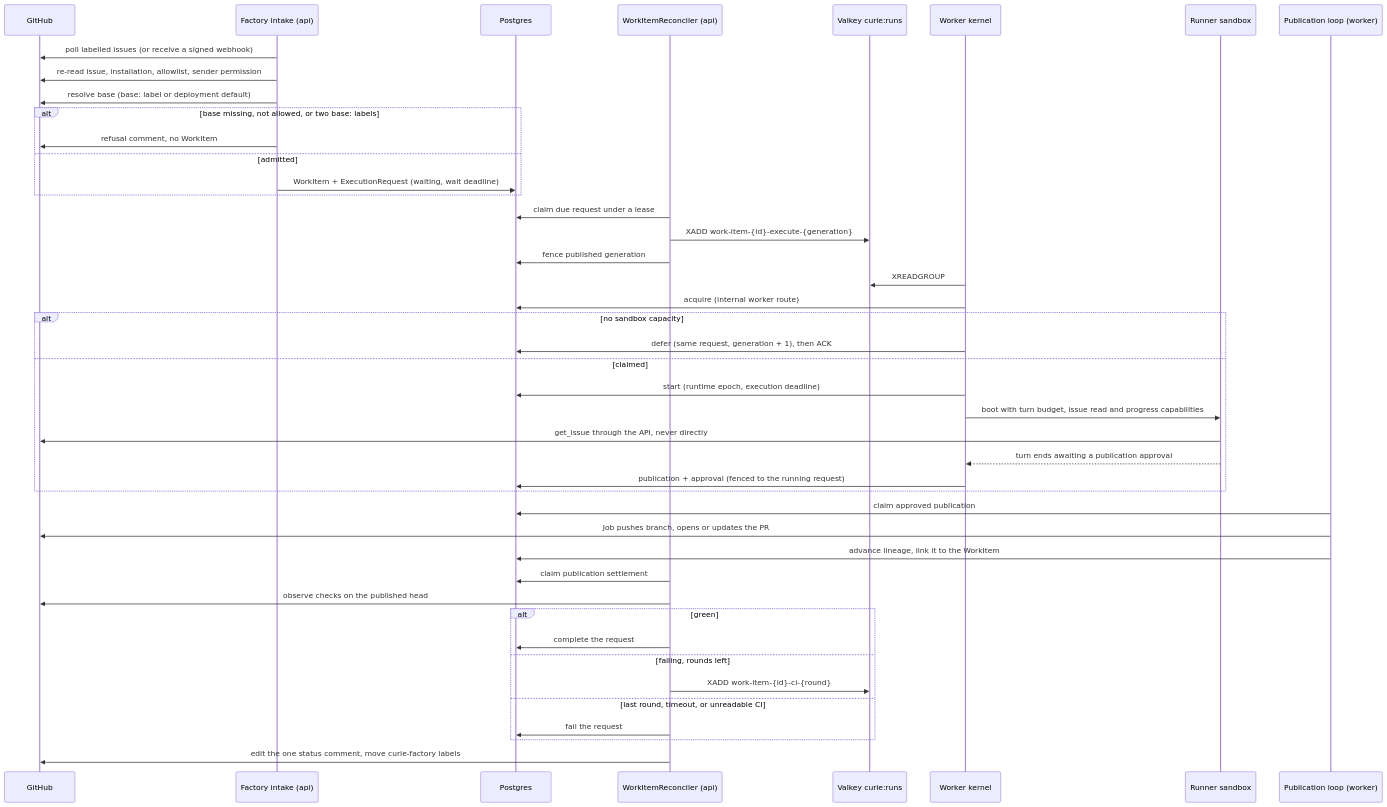
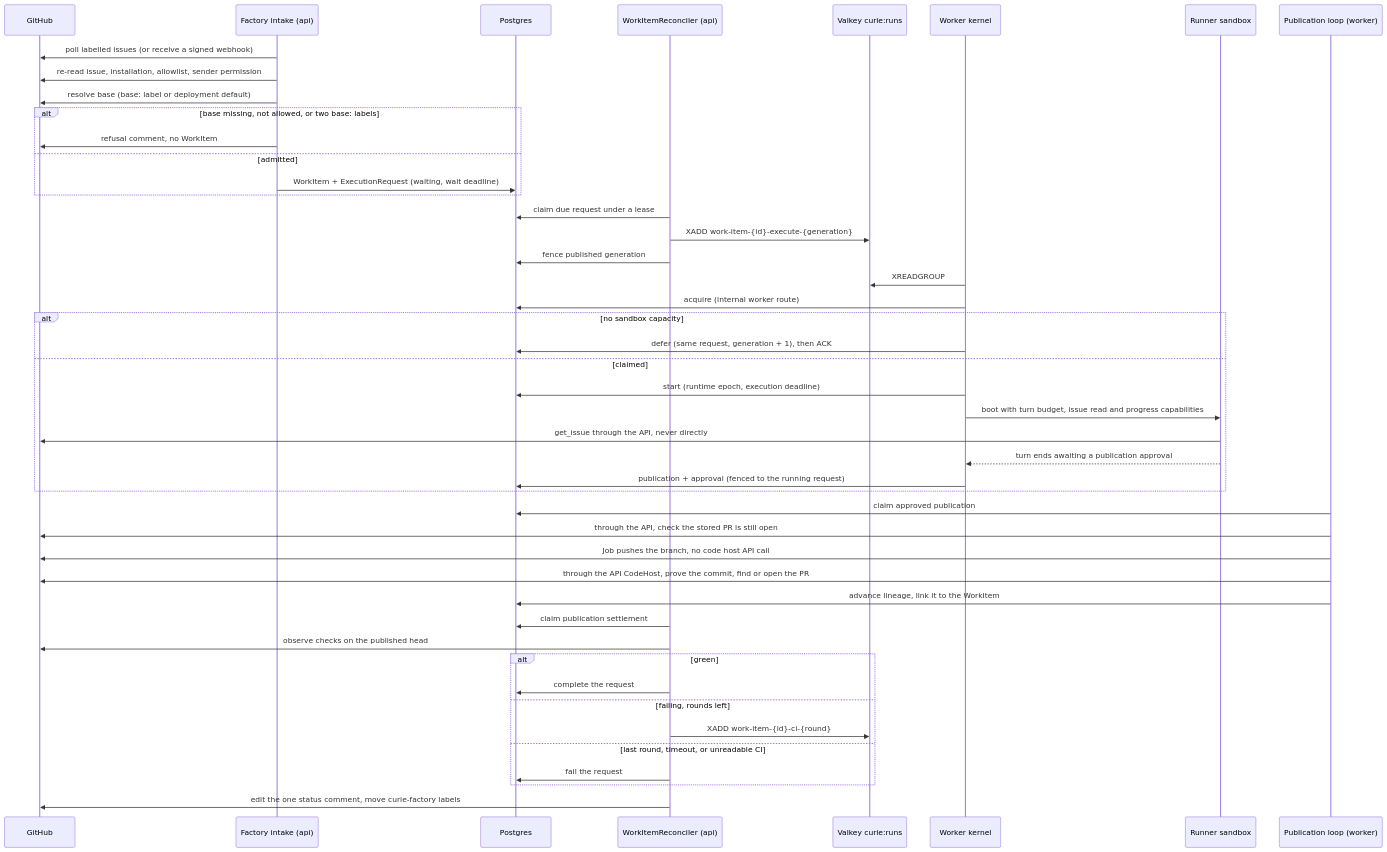
One commit to curie-eng/curie changed the fifth of 5 diagrams in ARCHITECTURE.md. Above: the diagram before and after it, drawn with Mermaid. The commit also changed other lines of this file and 65 other files, not shown here.

````diff
--- a/ARCHITECTURE.md
+++ b/ARCHITECTURE.md
@@ -920,47 +927,49 @@
 ```mermaid
 sequenceDiagram
     participant GH as GitHub
     participant I as Factory intake (api)
     participant DB as Postgres
     participant R as WorkItemReconciler (api)
     participant V as Valkey curie:runs
     participant W as Worker kernel
     participant S as Runner sandbox
     participant P as Publication loop (worker)
 
     I->>GH: poll labelled issues (or receive a signed webhook)
     I->>GH: re-read issue, installation, allowlist, sender permission
     I->>GH: resolve base (base: label or deployment default)
     alt base missing, not allowed, or two base: labels
         I->>GH: refusal comment, no WorkItem
     else admitted
         I->>DB: WorkItem + ExecutionRequest (waiting, wait deadline)
     end
     R->>DB: claim due request under a lease
     R->>V: XADD work-item-{id}-execute-{generation}
     R->>DB: fence published generation
     W->>V: XREADGROUP
     W->>DB: acquire (internal worker route)
     alt no sandbox capacity
         W->>DB: defer (same request, generation + 1), then ACK
     else claimed
         W->>DB: start (runtime epoch, execution deadline)
         W->>S: boot with turn budget, issue read and progress capabilities
         S->>GH: get_issue through the API, never directly
         S-->>W: turn ends awaiting a publication approval
         W->>DB: publication + approval (fenced to the running request)
     end
     P->>DB: claim approved publication
-    P->>GH: Job pushes branch, opens or updates the PR
+    P->>GH: through the API, check the stored PR is still open
+    P->>GH: Job pushes the branch, no code host API call
+    P->>GH: through the API CodeHost, prove the commit, find or open the PR
     P->>DB: advance lineage, link it to the WorkItem
     R->>DB: claim publication settlement
     R->>GH: observe checks on the published head
     alt green
         R->>DB: complete the request
     else failing, rounds left
         R->>V: XADD work-item-{id}-ci-{round}
     else last round, timeout, or unreadable CI
         R->>DB: fail the request
     end
     R->>GH: edit the one status comment, move curie-factory labels
 ```
````
